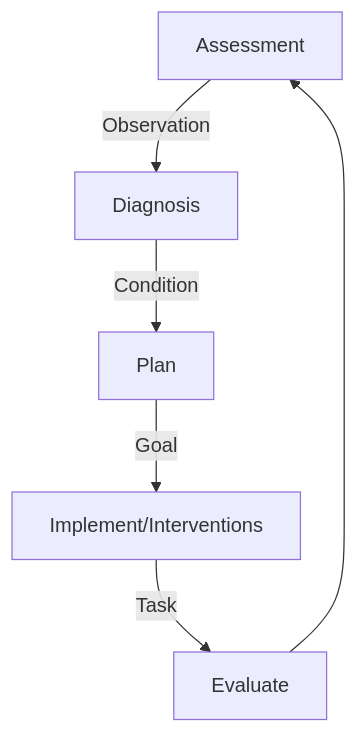
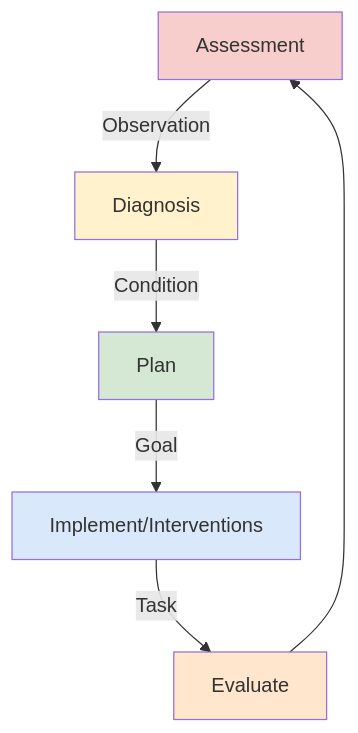
The diagram in input/pagecontent/index.md (Virtually-Healthcare/virtually-healthcare.github.com), drawn with Mermaid before and after one commit. The commit also changed other lines of this file, not shown here.

Commit message:
Mermaid diagram

````diff
--- a/input/pagecontent/index.md
+++ b/input/pagecontent/index.md
@@ -13,8 +7,20 @@
 ```mermaid
 graph TD;
     A[Assessment]-->|Observation| B;
     B[Diagnosis]-->|Condition| C;
     C[Plan]-->|Goal| D;
     D[Implement/Interventions]-->|Task| E;
     E[Evaluate]-->A;
+    
+    classDef yellow fill:#FFF2CC;
+    classDef pink fill:#F8CECC
+    classDef green fill:#D5E8D4;
+    classDef blue fill:#DAE8FC;
+    classDef orange fill:#FFE6CC;
+
+    class A pink
+    class B yellow
+    class C green
+    class D blue
+    class E orange
 ```
````
